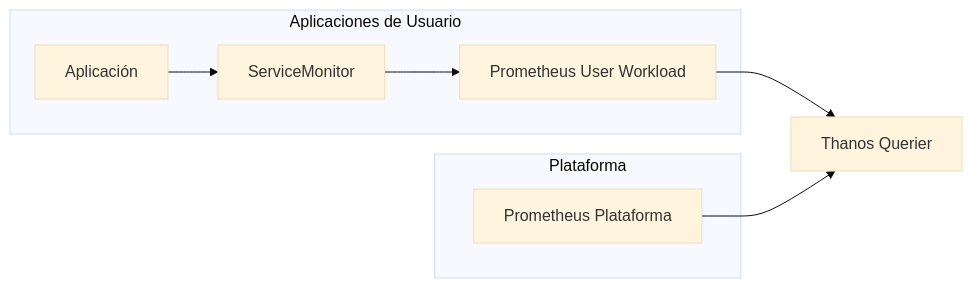
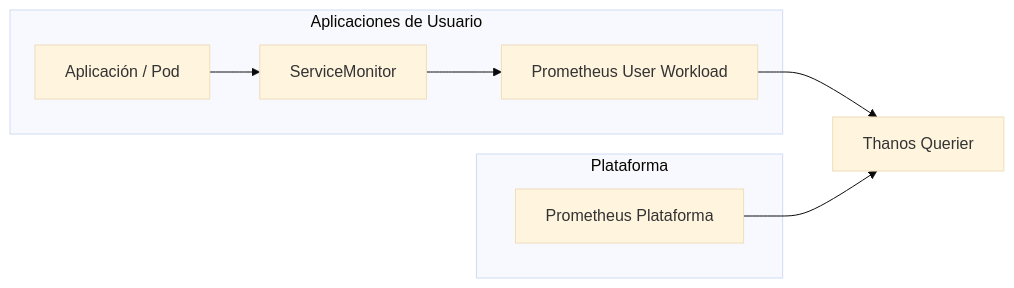
The third of 3 diagrams in docs/sesion3/3.1 Metricas y cuadros de mando.md (ieftraining/curso-openshift), drawn with Mermaid (base theme) before and after one commit. The commit also changed other lines of this file, not shown here.

````diff
--- a/docs/sesion3/3.1 Metricas y cuadros de mando.md
+++ b/docs/sesion3/3.1 Metricas y cuadros de mando.md
@@ -277,18 +204,18 @@
 ```mermaid
 flowchart LR
 
     subgraph Plataforma
         A[Prometheus Plataforma]
     end
 
     subgraph Aplicaciones de Usuario
-        B[Aplicación]
+        B[Aplicación / Pod]
         C[ServiceMonitor]
         D[Prometheus User Workload]
     end
 
     B --> C
     C --> D
     D --> E[Thanos Querier]
     A --> E
 ```
````
